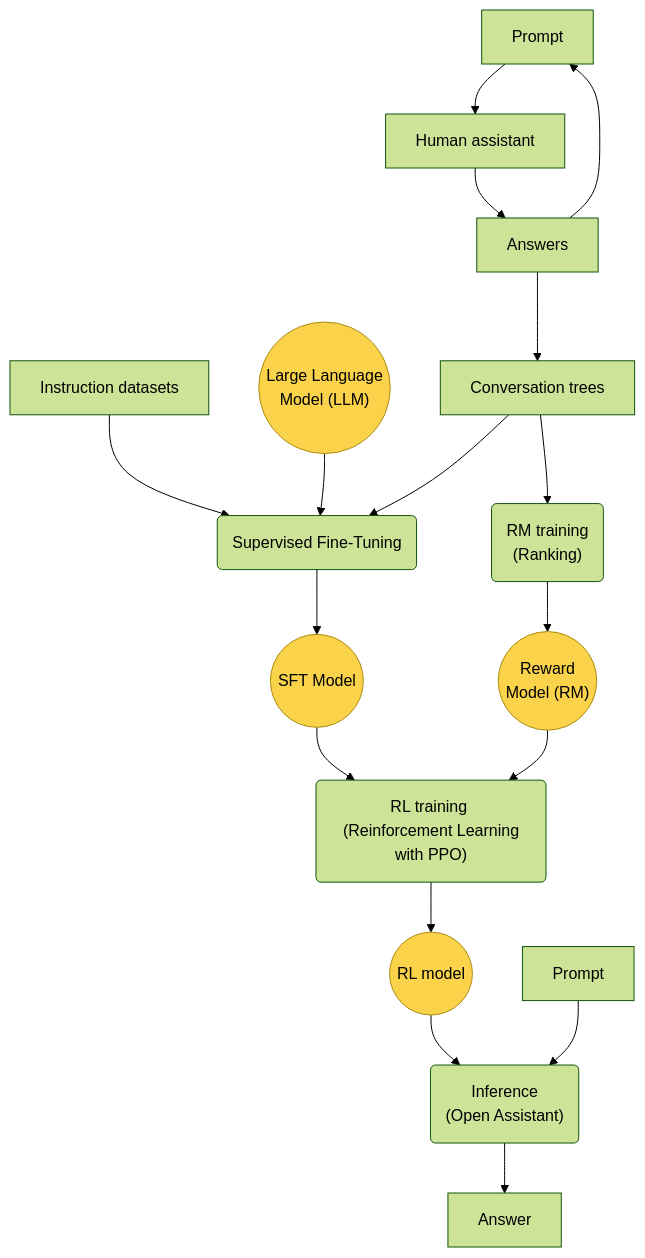
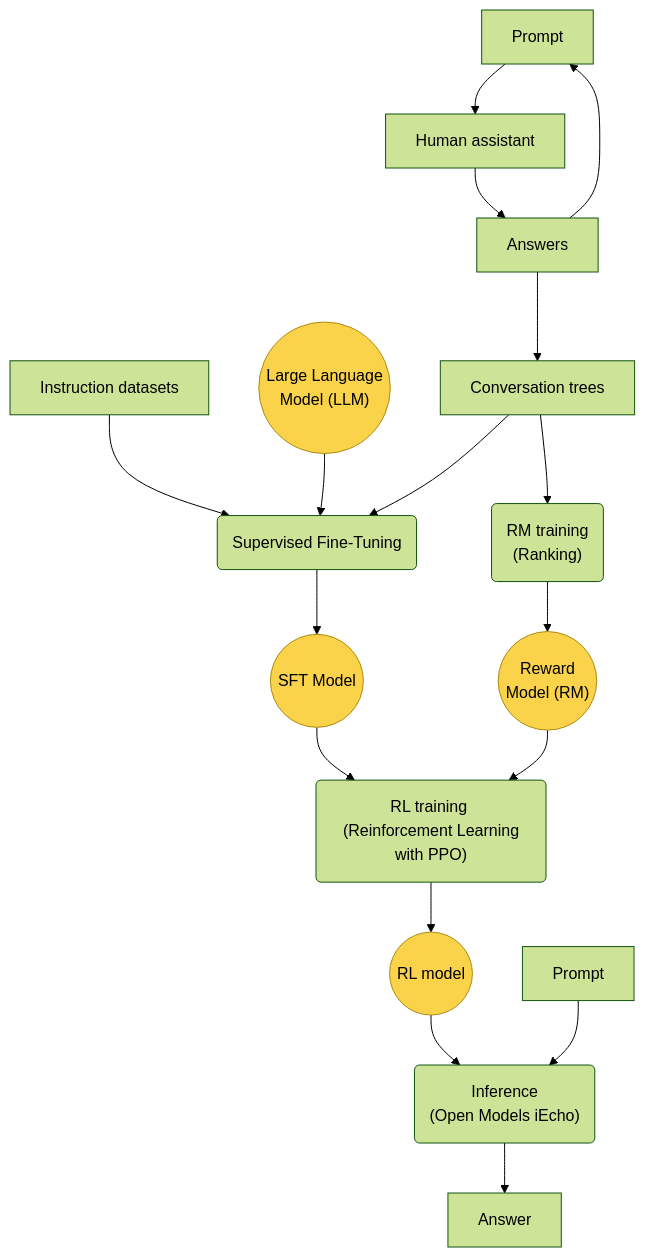
One commit to open-models-platform/open-models-iecho changed the first of 2 diagrams in docs/docs/guides/developers.md. Above: the diagram before and after it, drawn with Mermaid (forest theme). The commit also changed other lines of this file and 383 other files, not shown here.

Commit message:
init for open models

````diff
--- a/docs/docs/guides/developers.md
+++ b/docs/docs/guides/developers.md
@@ -60,19 +60,19 @@
 ```mermaid
 flowchart TD
     classDef model fill:#FAD34B,stroke:#AD8B11,color:black
 
     P1[Prompt] --> HA[Human assistant] --> Answers --> CT[Conversation trees]
     Answers --> P1
 
     ID[Instruction datasets] --> FT
     LLM(("Large Language <br> Model (LLM)")):::model --> FT(Supervised Fine-Tuning)
     CT --> FT
     FT --> SFT(("SFT Model")):::model
 
     CT --> R("RM training <br> (Ranking)") --> RM(("Reward <br> Model (RM)")):::model
     SFT --> RL("RL training <br> (Reinforcement Learning with PPO)") --> RLModel((RL model)):::model
     RM --> RL
 
-    RLModel --> OA("Inference <br> (Open Assistant)")
+    RLModel --> OA("Inference <br> (Open Models iEcho)")
     P2[Prompt] --> OA --> A2[Answer]
 ```
````
